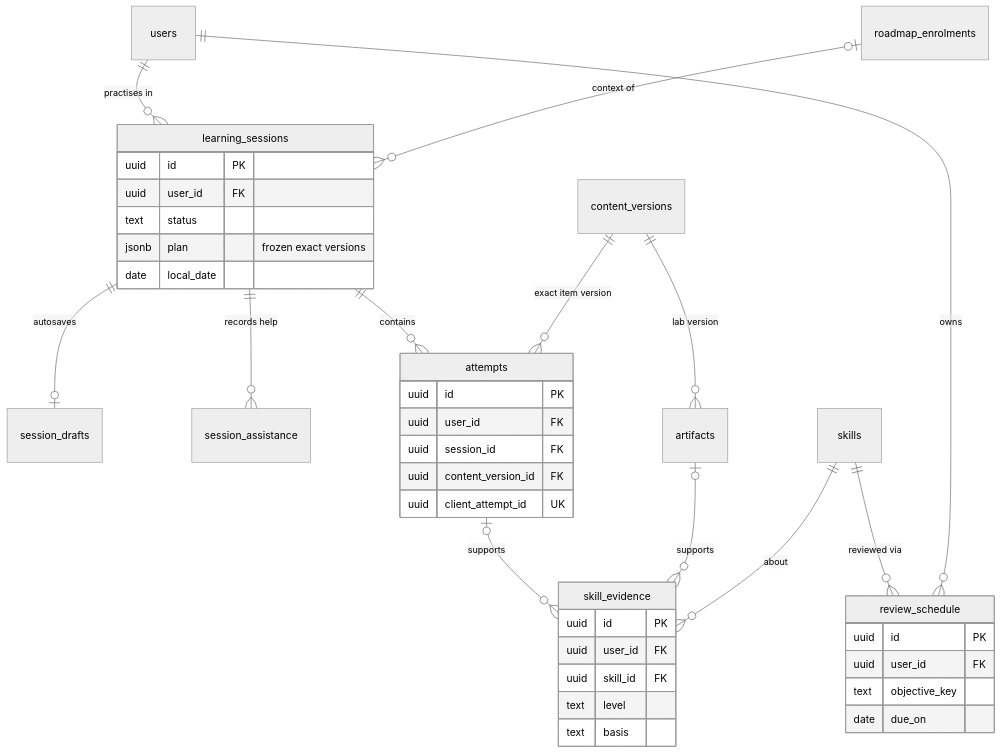
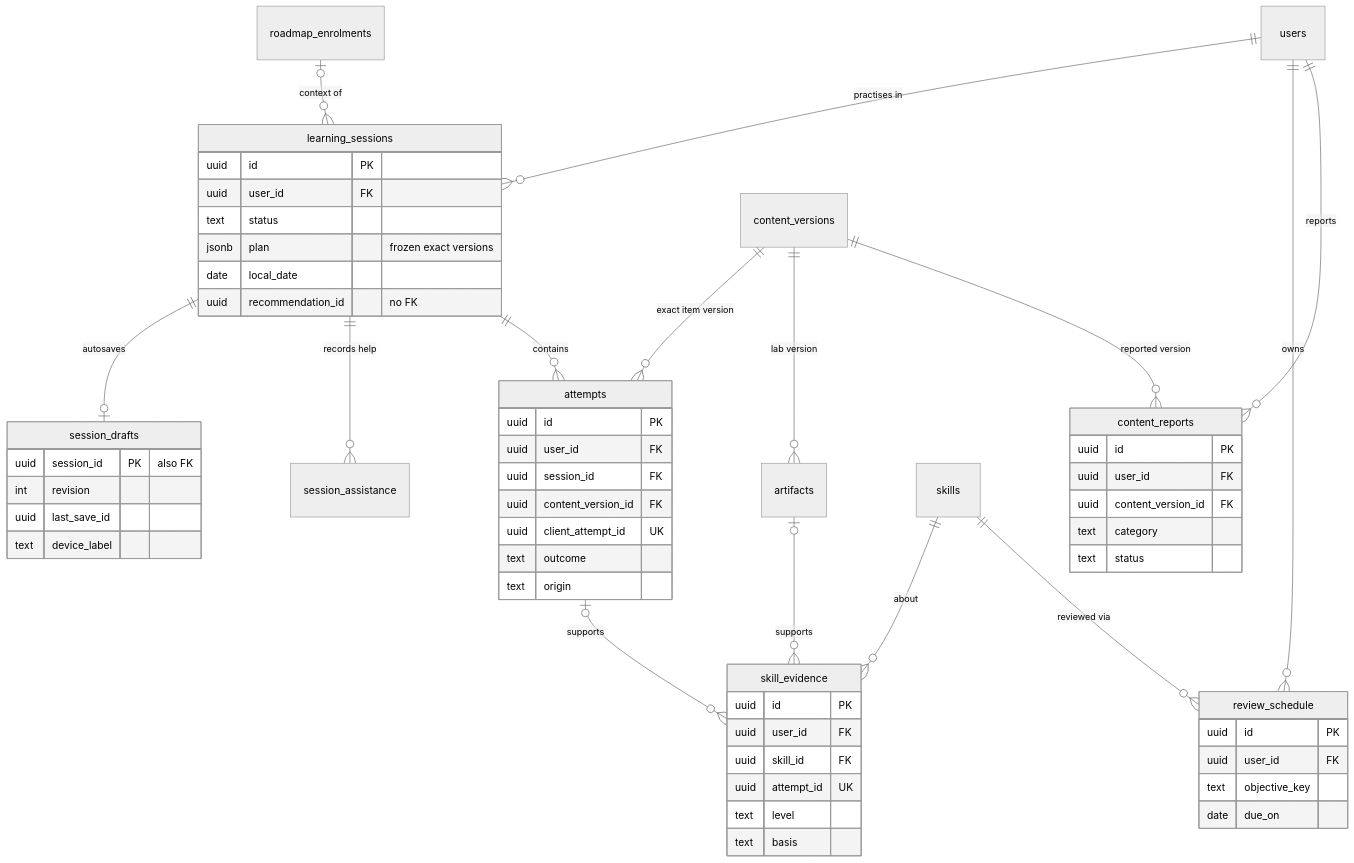
Before and after one commit to GhanshyamSoni68/app_idea: the fifth of 7 diagrams in devstep/docs/04-data-model.md, drawn with Mermaid (neutral theme). The commit also changed other lines of this file and 8 other files, not shown here.

````diff
--- a/devstep/docs/04-data-model.md
+++ b/devstep/docs/04-data-model.md
@@ -249,42 +264,61 @@
 ```mermaid
 erDiagram
     users ||--o{ learning_sessions : "practises in"
     roadmap_enrolments |o--o{ learning_sessions : "context of"
     learning_sessions ||--o| session_drafts : "autosaves"
     learning_sessions ||--o{ session_assistance : "records help"
     learning_sessions ||--o{ attempts : "contains"
     content_versions ||--o{ attempts : "exact item version"
     attempts |o--o{ skill_evidence : "supports"
     artifacts |o--o{ skill_evidence : "supports"
     skills ||--o{ skill_evidence : "about"
     skills ||--o{ review_schedule : "reviewed via"
     users ||--o{ review_schedule : "owns"
     content_versions ||--o{ artifacts : "lab version"
+    users ||--o{ content_reports : "reports"
+    content_versions ||--o{ content_reports : "reported version"
     learning_sessions {
         uuid id PK
         uuid user_id FK
         text status
         jsonb plan "frozen exact versions"
         date local_date
+        uuid recommendation_id "no FK"
+    }
+    session_drafts {
+        uuid session_id PK "also FK"
+        int revision
+        uuid last_save_id
+        text device_label
     }
     attempts {
         uuid id PK
         uuid user_id FK
         uuid session_id FK
         uuid content_version_id FK
         uuid client_attempt_id UK
+        text outcome
+        text origin
     }
     skill_evidence {
         uuid id PK
         uuid user_id FK
         uuid skill_id FK
+        uuid attempt_id UK
         text level
         text basis
     }
     review_schedule {
         uuid id PK
         uuid user_id FK
         text objective_key
         date due_on
     }
+    content_reports {
+        uuid id PK
+        uuid user_id FK
+        uuid content_version_id FK
+        text category
+        text status
+    }
 ```
````
